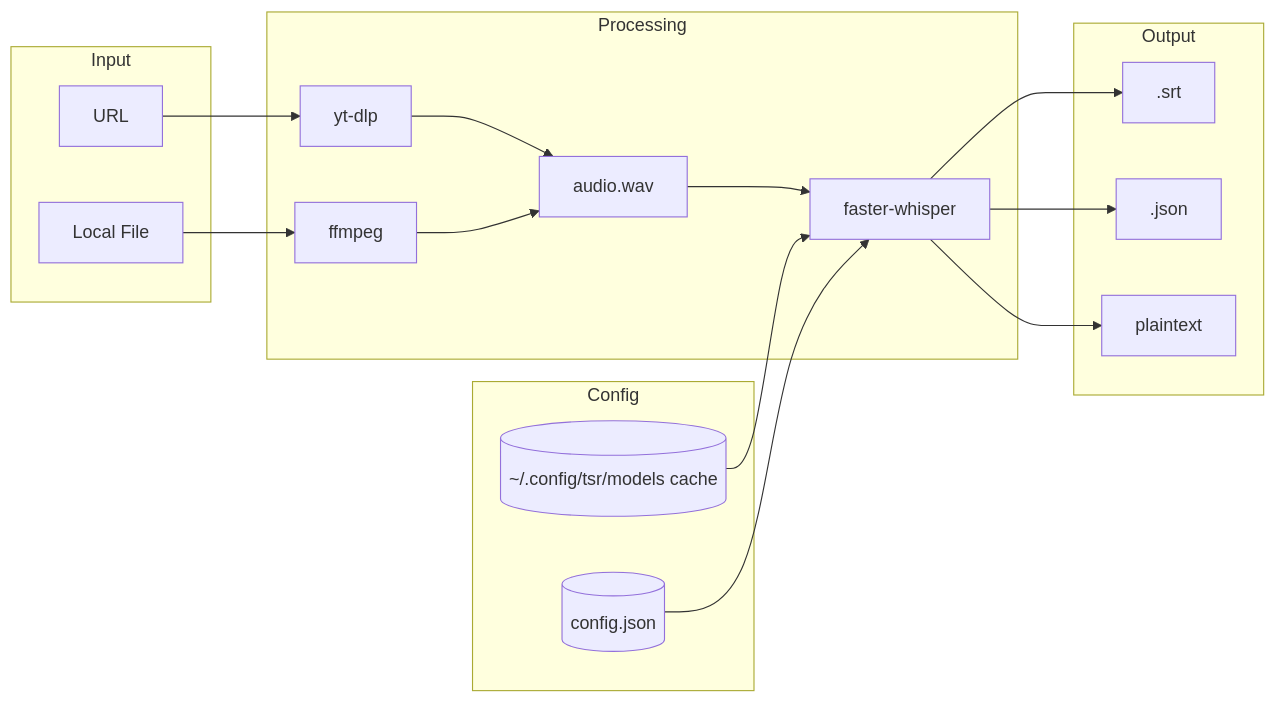
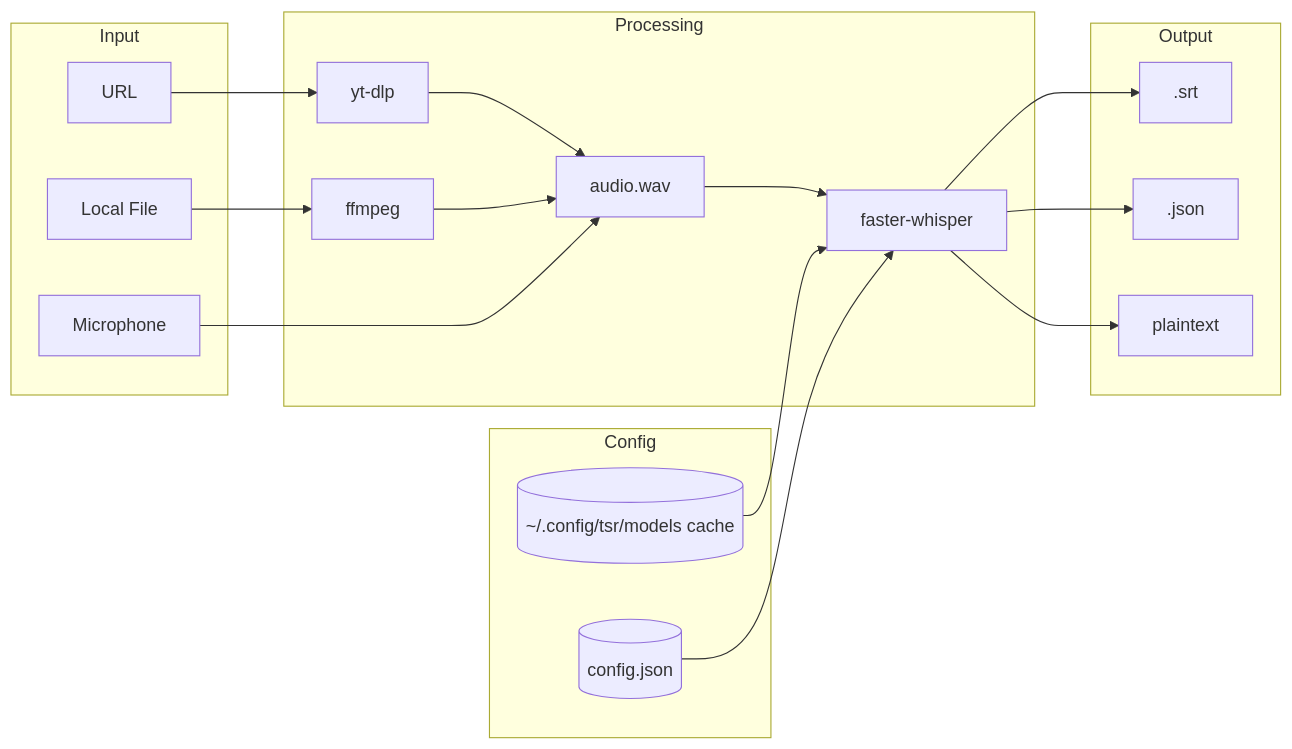
The diagram in README.md (ynbh/tsr), drawn with Mermaid before and after one commit. The commit also changed other lines of this file and 4 other files, not shown here.

````diff
--- a/README.md
+++ b/README.md
@@ -80,29 +86,31 @@
 ```mermaid
 flowchart LR
     subgraph Input
         URL[URL]
         FILE[Local File]
+        MIC[Microphone]
     end
 
     subgraph Processing
         URL --> YTDLP[yt-dlp]
         YTDLP --> AUDIO[audio.wav]
         FILE --> FFMPEG[ffmpeg]
         FFMPEG --> AUDIO
+        MIC --> AUDIO
         AUDIO --> WHISPER[faster-whisper]
     end
 
     subgraph Output
         WHISPER --> SRT[.srt]
         WHISPER --> JSON[.json]
         WHISPER --> PLAIN[plaintext]
     end
 
     subgraph Config
         MODELS[(~/.config/tsr/models cache)]
         CFG[(config.json)]
     end
 
     MODELS --> WHISPER
     CFG --> WHISPER
 ```
````
